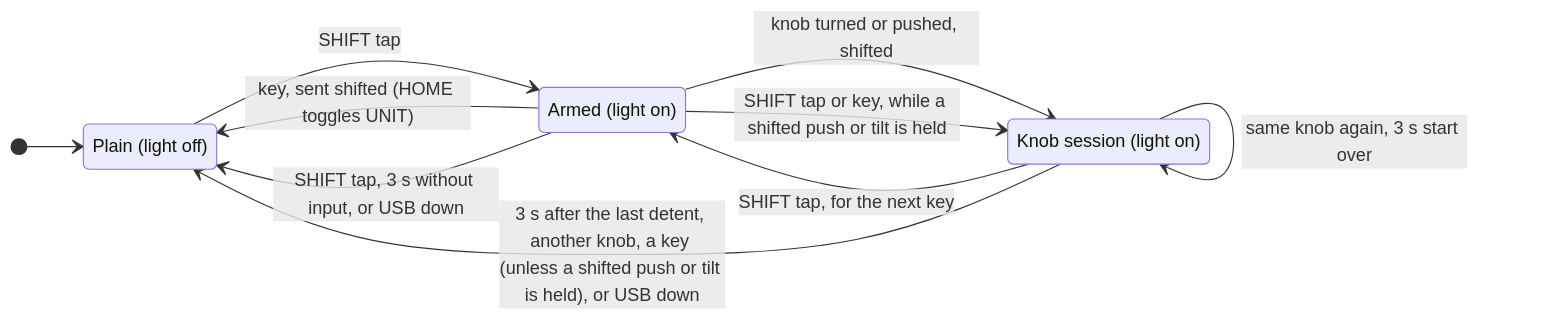
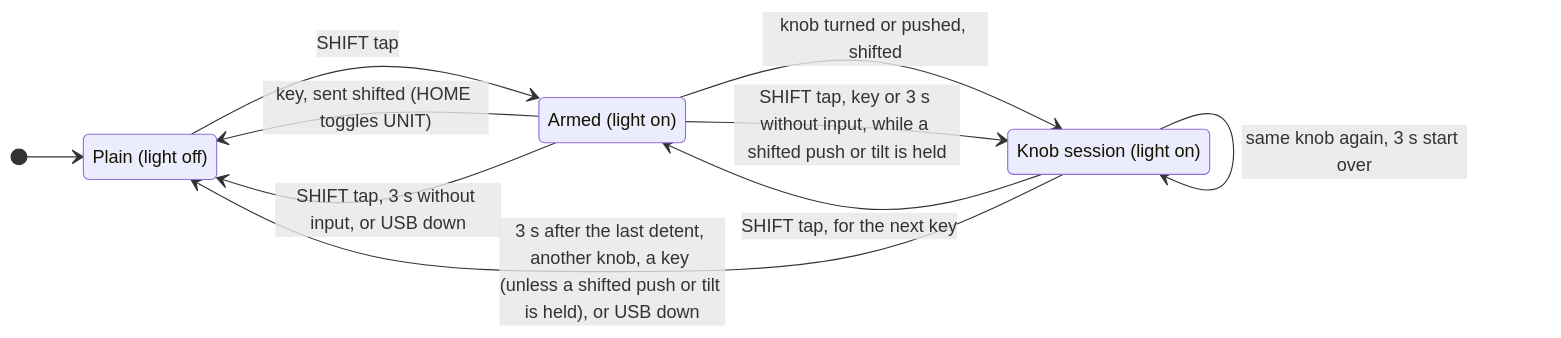
Before and after one commit to saschagrunert/avionics-panel: the second of 2 diagrams in docs/architecture/firmware.md, drawn with Mermaid. The commit also changed other lines of this file and 63 other files, not shown here.

````diff
--- a/docs/architecture/firmware.md
+++ b/docs/architecture/firmware.md
@@ -74,16 +74,16 @@
 ```mermaid
 stateDiagram-v2
   direction LR
   state "Plain (light off)" as Plain
   state "Armed (light on)" as Armed
   state "Knob session (light on)" as Knob
   [*] --> Plain
   Plain --> Armed: SHIFT tap
   Armed --> Plain: key, sent shifted (HOME toggles UNIT)
   Armed --> Plain: SHIFT tap, 3 s without input, or USB down
   Armed --> Knob: knob turned or pushed, shifted
-  Armed --> Knob: SHIFT tap or key, while a shifted push or tilt is held
+  Armed --> Knob: SHIFT tap, key or 3 s without input, while a shifted push or tilt is held
   Knob --> Knob: same knob again, 3 s start over
   Knob --> Armed: SHIFT tap, for the next key
   Knob --> Plain: 3 s after the last detent, another knob, a key (unless a shifted push or tilt is held), or USB down
 ```
````
